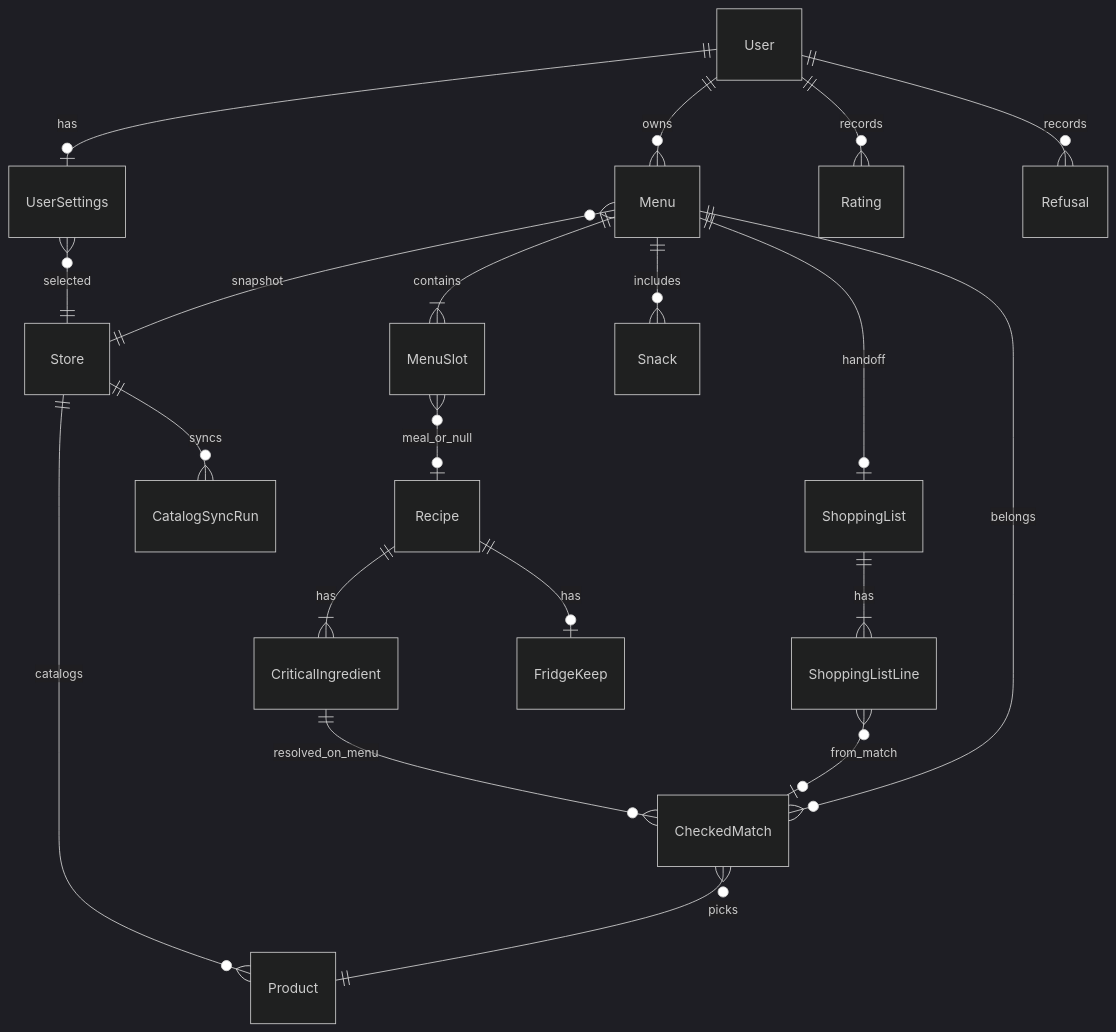
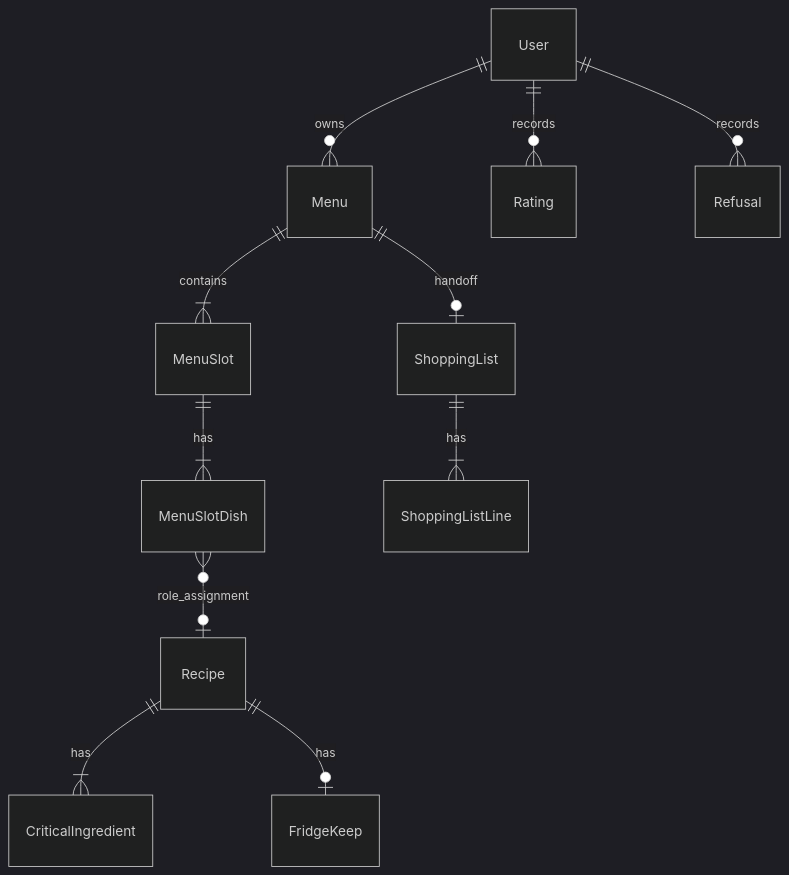
Before and after one commit to dzorogh/perek-planner: the third of 3 diagrams in _bmad-output/planning-artifacts/architecture/architecture-keplo-2026-07-19/ARCHITECTURE-SPINE.md, drawn with Mermaid (dark theme). The commit also changed other lines of this file and 53 other files, not shown here.

````diff
--- a/_bmad-output/planning-artifacts/architecture/architecture-keplo-2026-07-19/ARCHITECTURE-SPINE.md
+++ b/_bmad-output/planning-artifacts/architecture/architecture-keplo-2026-07-19/ARCHITECTURE-SPINE.md
@@ -145,22 +150,13 @@
 ```mermaid
 erDiagram
-  User ||--o| UserSettings : has
-  UserSettings }o--|| Store : selected
   User ||--o{ Menu : owns
-  Menu }o--|| Store : snapshot
   Menu ||--|{ MenuSlot : contains
-  MenuSlot }o--o| Recipe : meal_or_null
-  Menu ||--o{ Snack : includes
+  MenuSlot ||--|{ MenuSlotDish : has
+  MenuSlotDish }o--o| Recipe : role_assignment
   Recipe ||--|{ CriticalIngredient : has
   Recipe ||--o| FridgeKeep : has
-  CriticalIngredient ||--o{ CheckedMatch : resolved_on_menu
-  CheckedMatch }o--|| Product : picks
-  CheckedMatch }o--|| Menu : belongs
-  Store ||--o{ Product : catalogs
-  Store ||--o{ CatalogSyncRun : syncs
   User ||--o{ Rating : records
   User ||--o{ Refusal : records
   Menu ||--o| ShoppingList : handoff
   ShoppingList ||--|{ ShoppingListLine : has
-  ShoppingListLine }o--o| CheckedMatch : from_match
 ```
````
